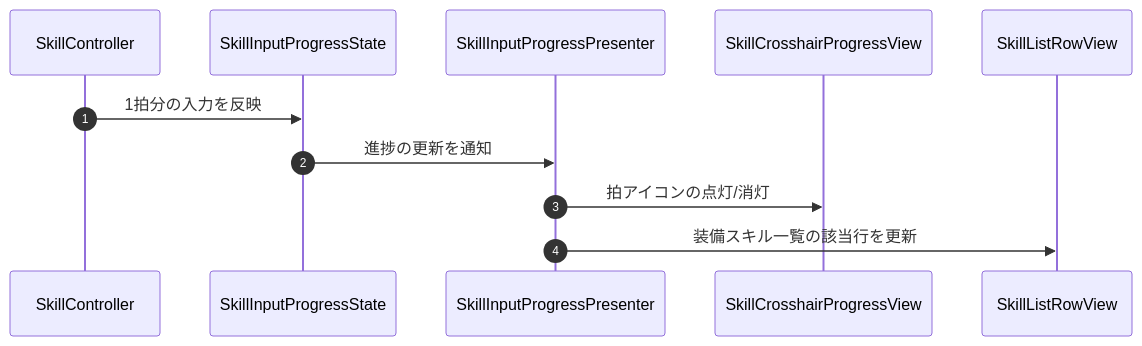
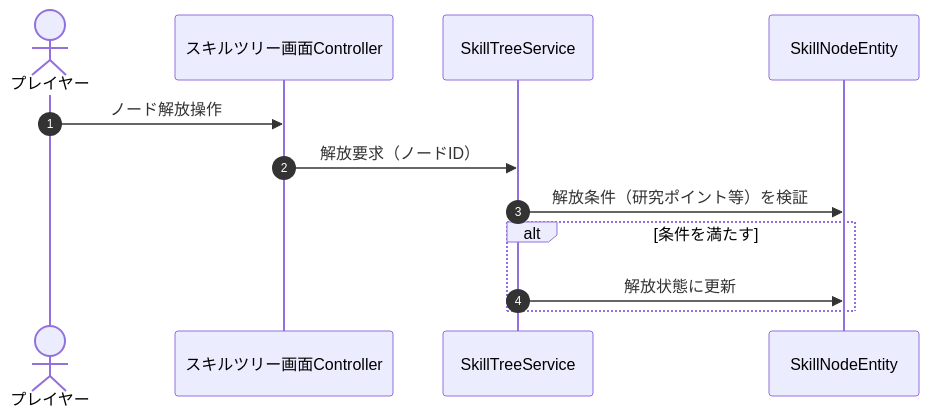
The third of 3 diagrams in Assets/Docs/ScriptsDocs/Modules/NotionModuleDocs/Skill.md (HIBIKI5201/SymphonyKillChord), drawn with Mermaid before and after one commit. The commit also changed other lines of this file and 2383 other files, not shown here.

````diff
--- a/Assets/Docs/ScriptsDocs/Modules/NotionModuleDocs/Skill.md
+++ b/Assets/Docs/ScriptsDocs/Modules/NotionModuleDocs/Skill.md
@@ -195,14 +146,15 @@
 ```mermaid
 sequenceDiagram
     autonumber
-    participant Ctrl as SkillController
-    participant State as SkillInputProgressState
-    participant Presenter as SkillInputProgressPresenter
-    participant Crosshair as SkillCrosshairProgressView
-    participant List as SkillListRowView
+    actor Player as プレイヤー
+    participant Controller as スキルツリー画面Controller
+    participant Service as SkillTreeService
+    participant Node as SkillNodeEntity
 
-    Ctrl ->> State: 1拍分の入力を反映
-    State ->> Presenter: 進捗の更新を通知
-    Presenter ->> Crosshair: 拍アイコンの点灯/消灯
-    Presenter ->> List: 装備スキル一覧の該当行を更新
+    Player ->> Controller: ノード解放操作
+    Controller ->> Service: 解放要求（ノードID）
+    Service ->> Node: 解放条件（研究ポイント等）を検証
+    alt 条件を満たす
+        Service ->> Node: 解放状態に更新
+    end
 ```
````
